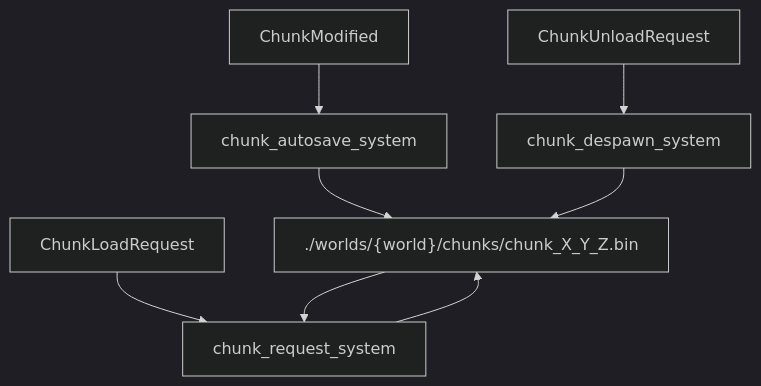
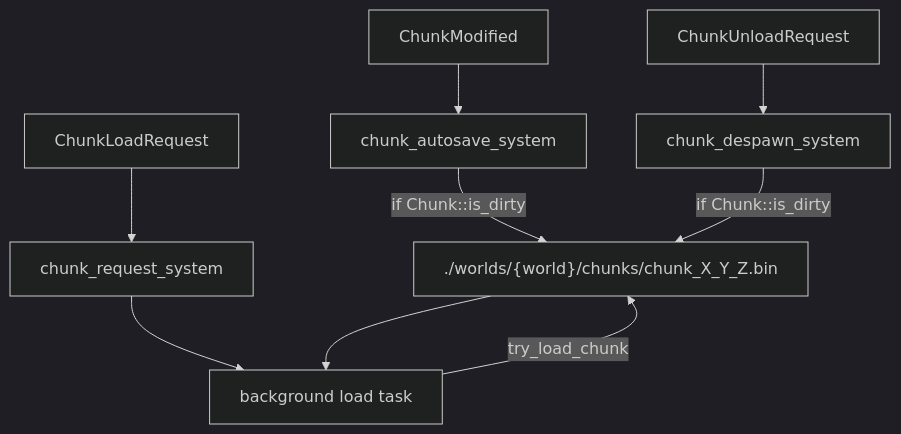
The fifth of 5 diagrams in docs/architecture.md (cristhofert/voxel-framework), drawn with Mermaid (dark theme) before and after one commit. The commit also changed other lines of this file and 19 other files, not shown here.

````diff
--- a/docs/architecture.md
+++ b/docs/architecture.md
@@ -289,20 +289,22 @@
 ```mermaid
 flowchart TD
     Modified["ChunkModified"]
     Autosave["chunk_autosave_system<V>"]
     Unload["ChunkUnloadRequest"]
     Despawn["chunk_despawn_system<V>"]
     LoadRequest["ChunkLoadRequest"]
     Generator["chunk_request_system<V>"]
+    Task["background load task"]
     Disk["./worlds/{world}/chunks/chunk_X_Y_Z.bin"]
 
     Modified --> Autosave
-    Autosave --> Disk
+    Autosave -->|"if Chunk::is_dirty"| Disk
 
     Unload --> Despawn
-    Despawn --> Disk
+    Despawn -->|"if Chunk::is_dirty"| Disk
 
     LoadRequest --> Generator
-    Generator --> Disk
-    Disk --> Generator
+    Generator --> Task
+    Task -->|"try_load_chunk"| Disk
+    Disk --> Task
 ```
````
